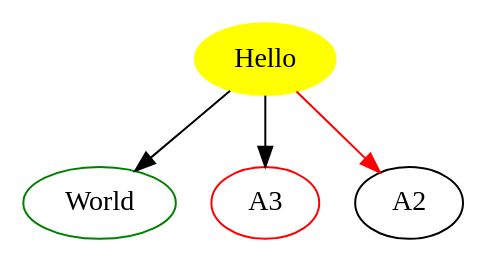
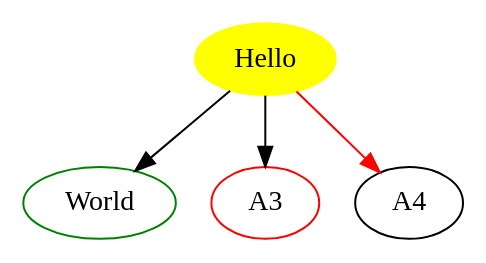
The diagram in example.dot (kapilsukhyani/testrepo), drawn with Graphviz before and after one commit.

```diff
--- a/example.dot
+++ b/example.dot
@@ -1,7 +1,7 @@
 digraph d {
  A [label="Hello",color=yellow, style=filled ]
  A1 [label="World"]
  
  A -> { A1[color=green]  A3[color=red]} 
- A -> {A2} [color=red]
+ A -> {A4} [color=red]
 }
```
